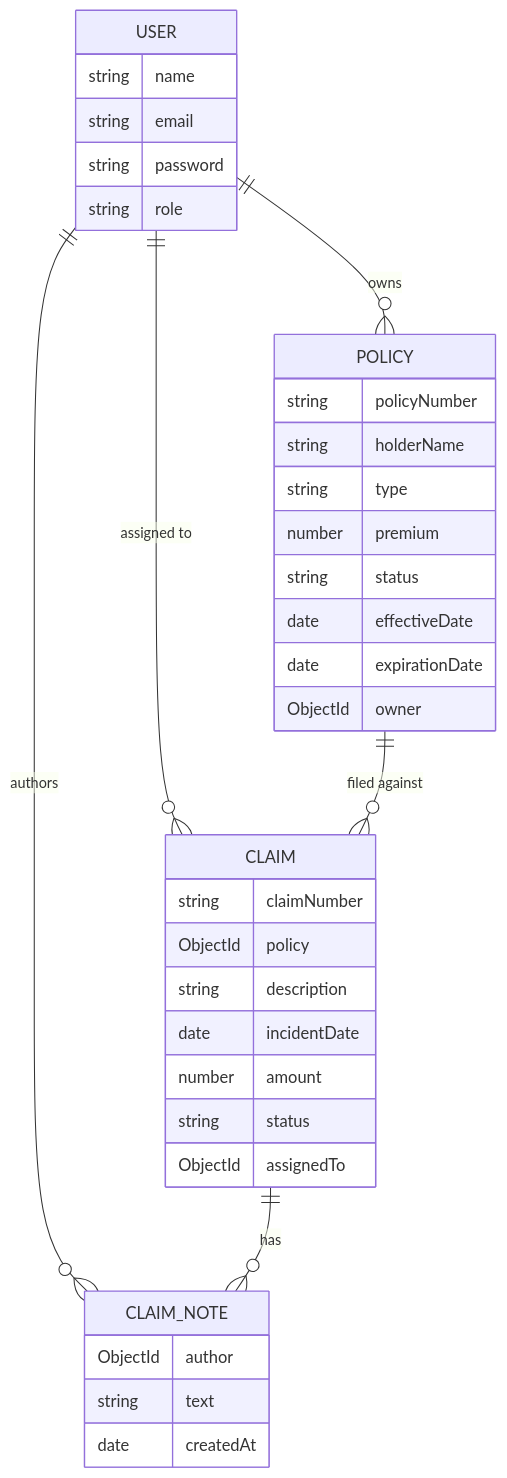
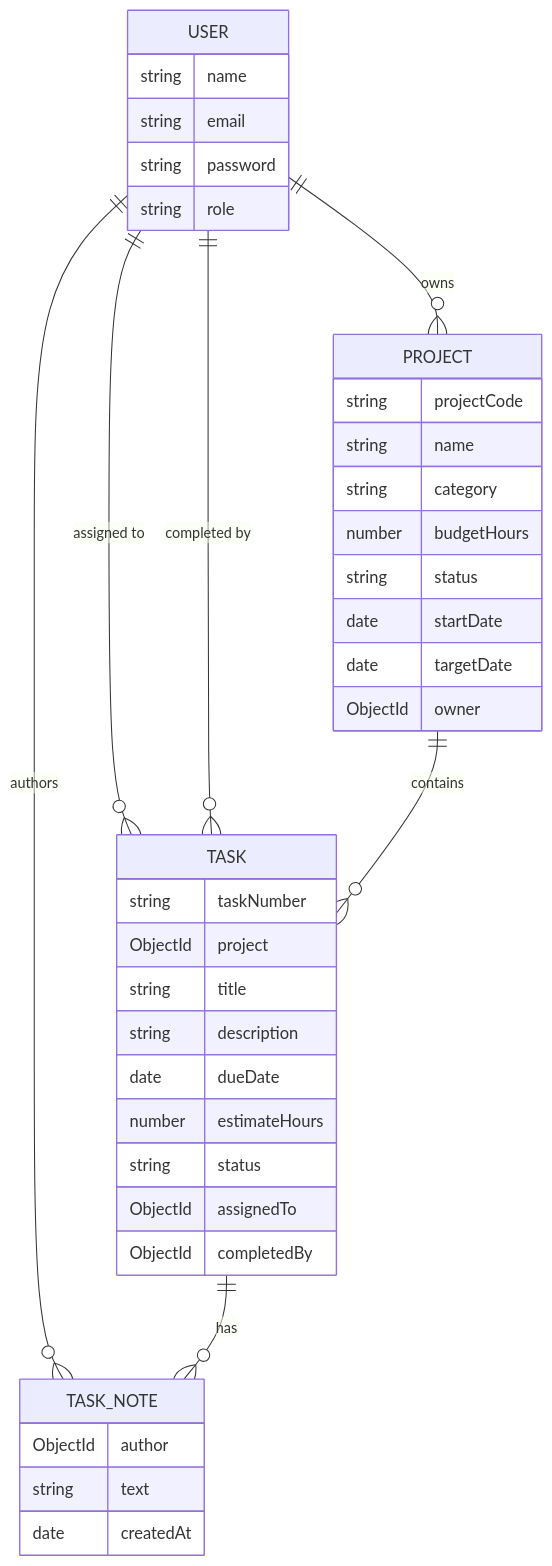
The first of 2 diagrams in docs/DESIGN.md (iltStudent11/FSEP-Final-Project-Task-Tracker), drawn with Mermaid before and after one commit. The commit also changed other lines of this file, not shown here.

````diff
--- a/docs/DESIGN.md
+++ b/docs/DESIGN.md
@@ -9,39 +11,42 @@
 ```mermaid
 erDiagram
-    USER ||--o{ POLICY : owns
-    USER ||--o{ CLAIM : "assigned to"
-    USER ||--o{ CLAIM_NOTE : authors
-    POLICY ||--o{ CLAIM : "filed against"
-    CLAIM ||--o{ CLAIM_NOTE : has
+    USER ||--o{ PROJECT : owns
+    USER ||--o{ TASK : "assigned to"
+    USER ||--o{ TASK : "completed by"
+    USER ||--o{ TASK_NOTE : authors
+    PROJECT ||--o{ TASK : contains
+    TASK ||--o{ TASK_NOTE : has
 
     USER {
         string name
         string email
         string password
         string role
     }
-    POLICY {
-        string policyNumber
-        string holderName
-        string type
-        number premium
+    PROJECT {
+        string projectCode
+        string name
+        string category
+        number budgetHours
         string status
-        date effectiveDate
-        date expirationDate
+        date startDate
+        date targetDate
         ObjectId owner
     }
-    CLAIM {
-        string claimNumber
-        ObjectId policy
+    TASK {
+        string taskNumber
+        ObjectId project
+        string title
         string description
-        date incidentDate
-        number amount
+        date dueDate
+        number estimateHours
         string status
         ObjectId assignedTo
+        ObjectId completedBy
     }
-    CLAIM_NOTE {
+    TASK_NOTE {
         ObjectId author
         string text
         date createdAt
     }
 ```
````
